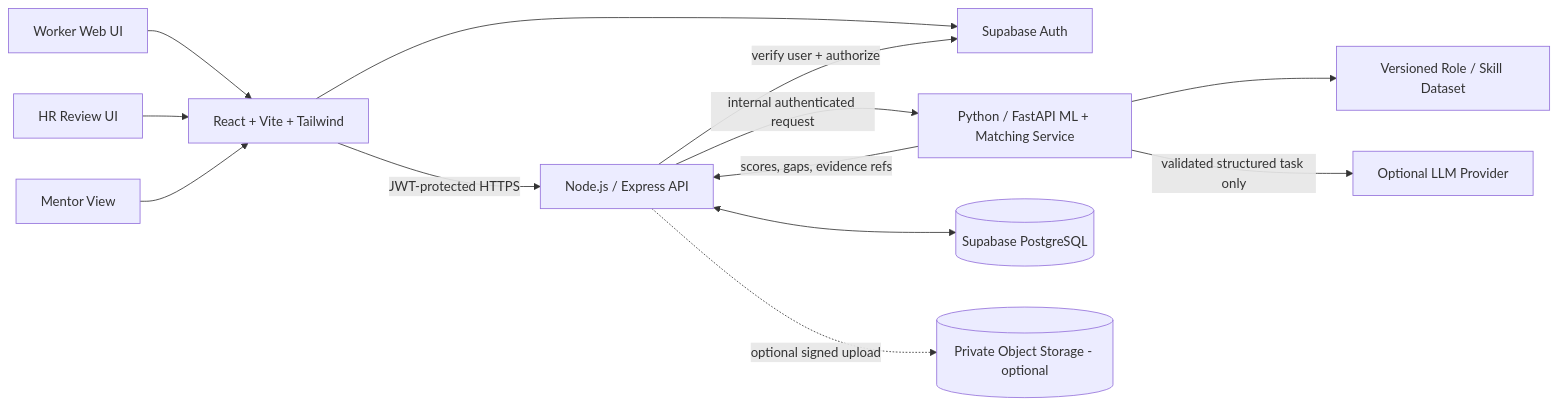
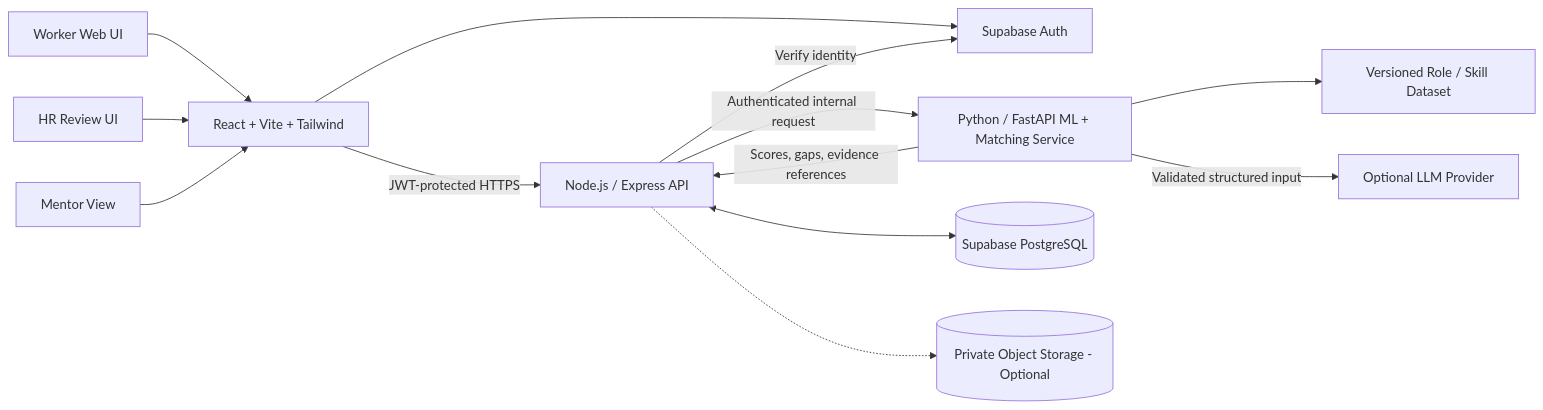
One commit to ChiragDawra/Second-Act changed the diagram in 02_System_Design_Second_Act.md. Above: the diagram before and after it, drawn with Mermaid. The commit also changed other lines of this file, not shown here.

````diff
--- a/02_System_Design_Second_Act.md
+++ b/02_System_Design_Second_Act.md
@@ -12,26 +18,27 @@
 ```mermaid
 flowchart LR
     W[Worker Web UI]
     H[HR Review UI]
     M[Mentor View]
     FE[React + Vite + Tailwind]
     AUTH[Supabase Auth]
     API[Node.js / Express API]
     ML[Python / FastAPI ML + Matching Service]
     DB[(Supabase PostgreSQL)]
-    OBJ[(Private Object Storage - optional)]
+    OBJ[(Private Object Storage - Optional)]
     TAX[Versioned Role / Skill Dataset]
     LLM[Optional LLM Provider]
-    FE --> AUTH
+
     W --> FE
     H --> FE
     M --> FE
+    FE --> AUTH
     FE -->|JWT-protected HTTPS| API
-    API -->|verify user + authorize| AUTH
+    API -->|Verify identity| AUTH
     API <--> DB
-    API -->|internal authenticated request| ML
+    API -->|Authenticated internal request| ML
     ML --> TAX
-    ML -->|validated structured task only| LLM
-    API -. optional signed upload .-> OBJ
-    ML -->|scores, gaps, evidence refs| API
+    ML -->|Validated structured input| LLM
+    API -.-> OBJ
+    ML -->|Scores, gaps, evidence references| API
 ```
````
